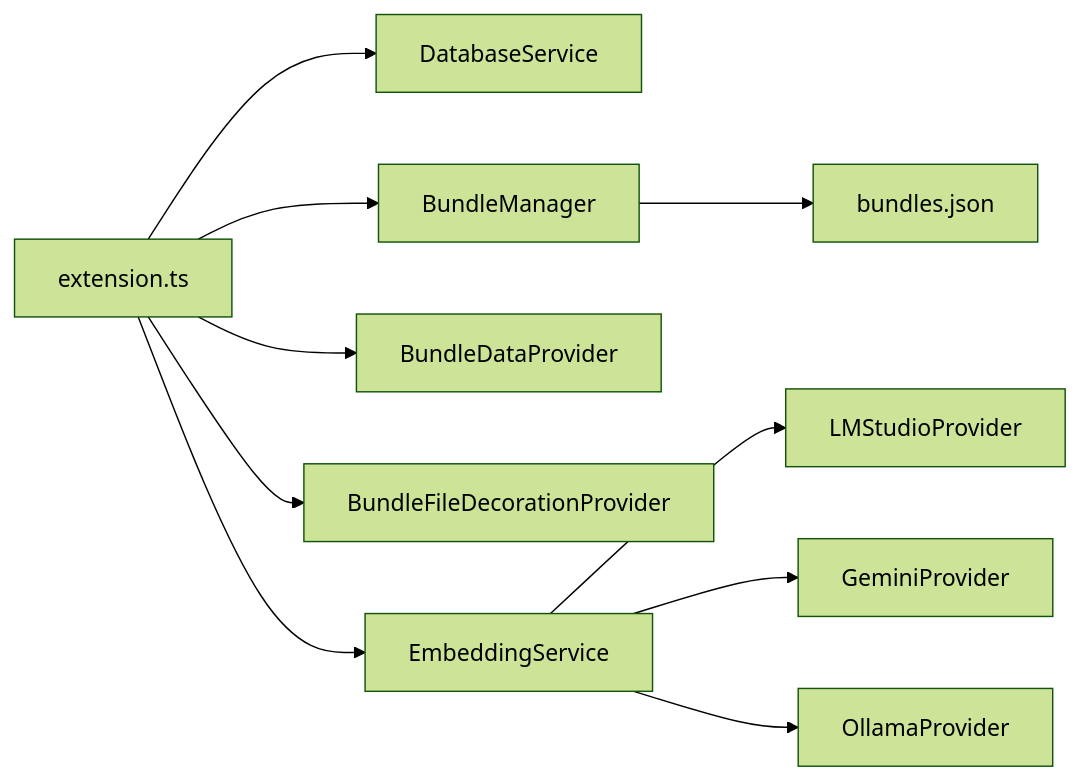
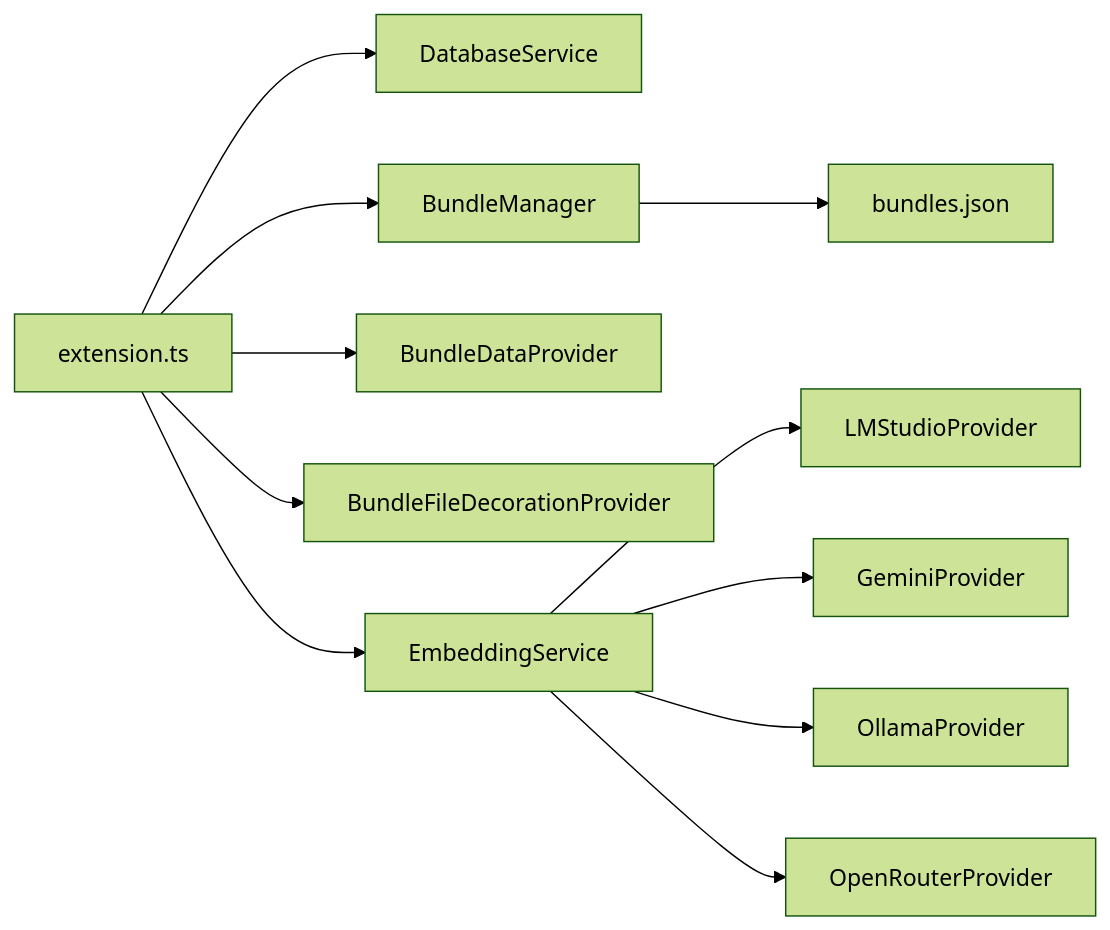
Before and after one commit to bramburn/repomix-runner: the eighth of 11 diagrams in .qoder/repowiki/en/content/Storage System/Provider Patterns and Integration.md, drawn with Mermaid (forest theme). The commit also changed other lines of this file and 14 other files, not shown here.

````diff
--- a/.qoder/repowiki/en/content/Storage System/Provider Patterns and Integration.md
+++ b/.qoder/repowiki/en/content/Storage System/Provider Patterns and Integration.md
@@ -366,12 +381,13 @@
 ```mermaid
 graph LR
 EXT["extension.ts"] --> DB["DatabaseService"]
 EXT --> BM["BundleManager"]
 EXT --> BDP["BundleDataProvider"]
 EXT --> DEC["BundleFileDecorationProvider"]
 EXT --> ETS["EmbeddingService"]
 BM --> FS["bundles.json"]
 ETS --> LMP["LMStudioProvider"]
 ETS --> GMP["GeminiProvider"]
 ETS --> OMP["OllamaProvider"]
+ETS --> ORP["OpenRouterProvider"]
 ```
````
